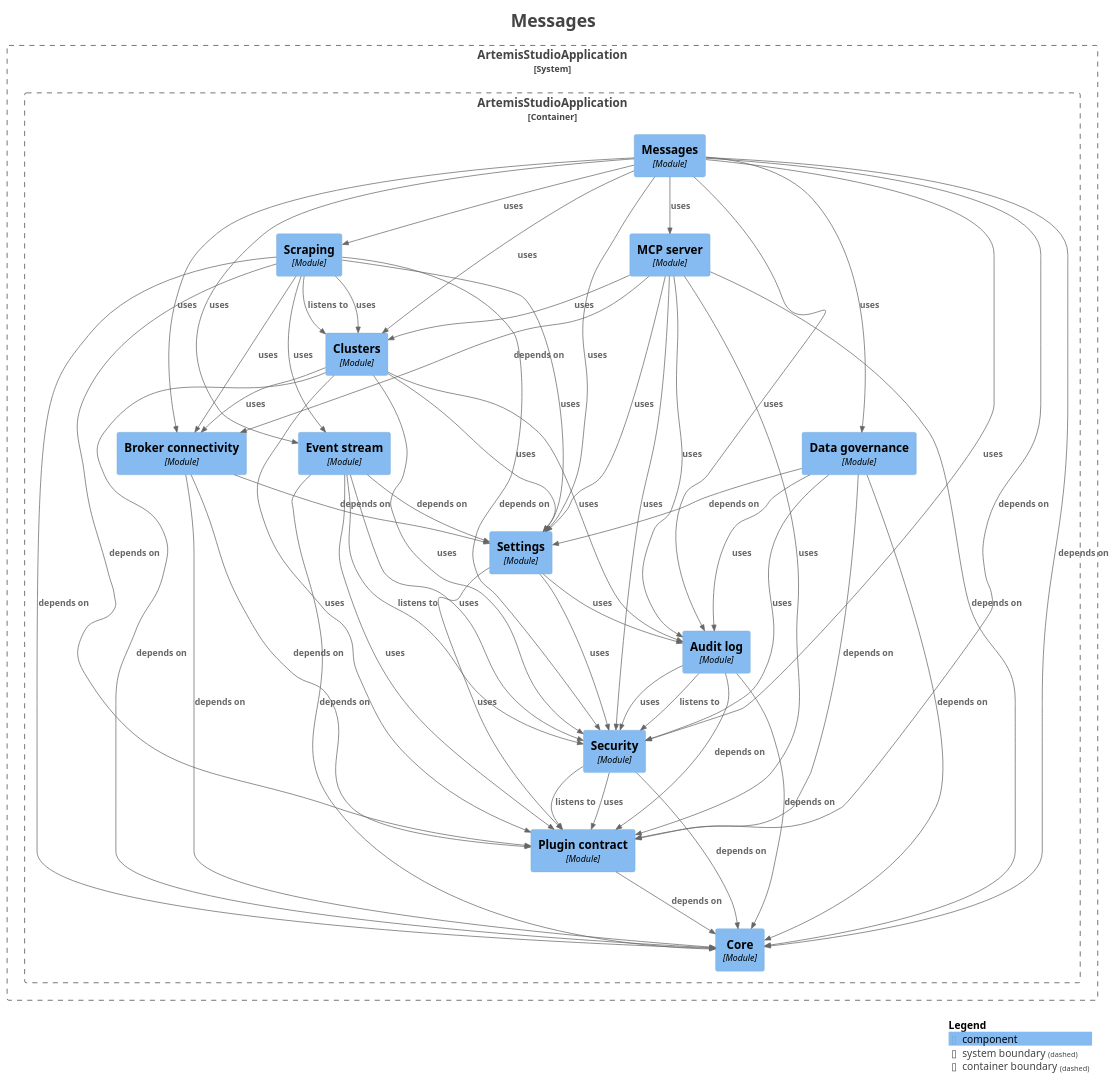
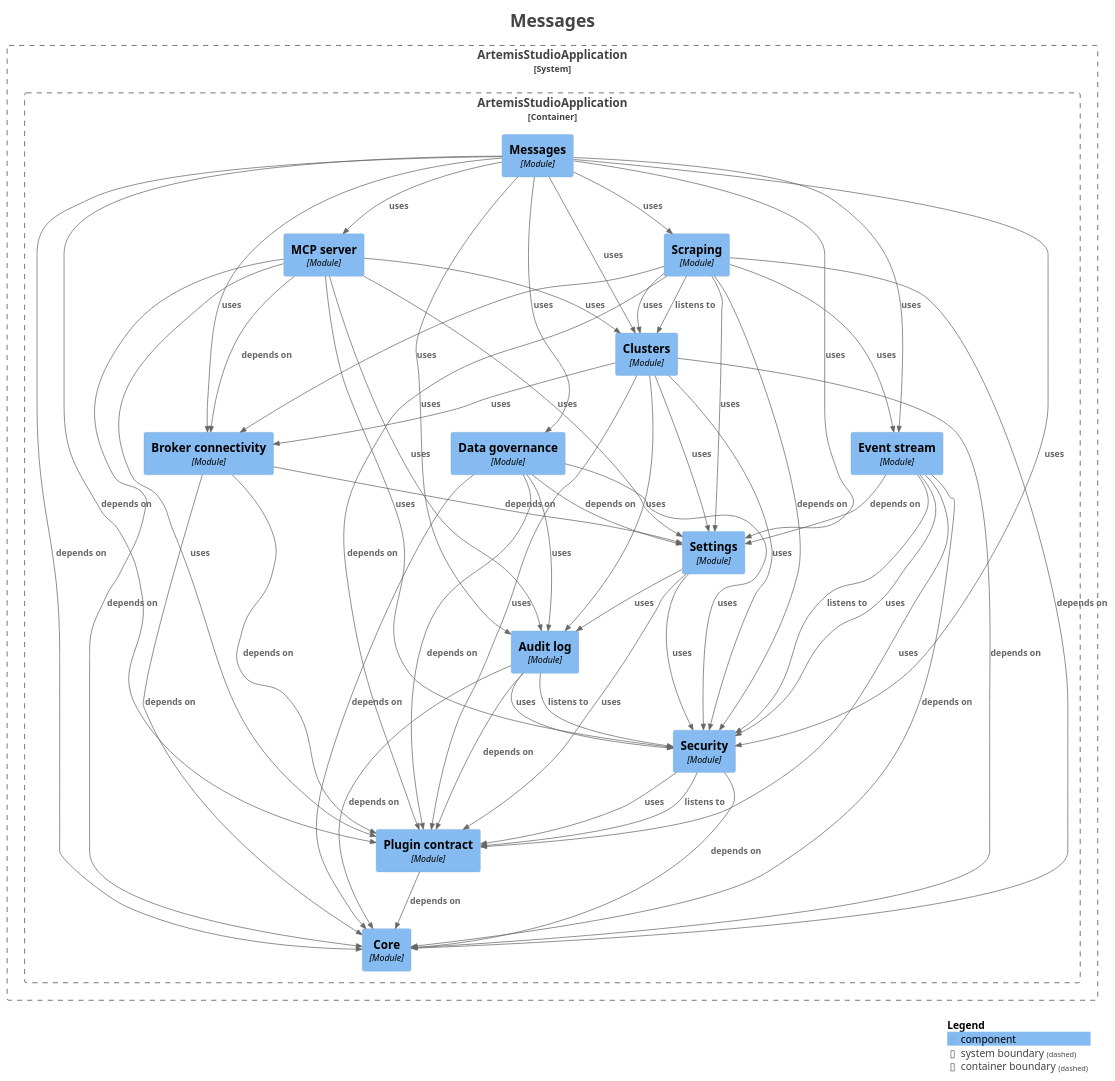
Before and after one commit to sudoitir/artemis-studio: the diagram in docs/modules/module-feature.messages.puml, drawn with PlantUML. The commit also changed other lines of this file and 33 other files, not shown here.

First line of the commit message:
test(architecture): sort module diagram components so diagrams change only with the graph

```diff
--- a/docs/modules/module-feature.messages.puml
+++ b/docs/modules/module-feature.messages.puml
@@ -1,95 +1,95 @@
 @startuml
 title <size:24>Messages</size>
 
 set separator none
 top to bottom direction
 
 <style>
   root {
     BackgroundColor: #ffffff
     FontColor: #444444
   }
 </style>
 
 !include <C4/C4>
 !include <C4/C4_Context>
 !include <C4/C4_Component>
 
 System_Boundary("ArtemisStudioApplication_boundary", "ArtemisStudioApplication", $tags="") {
   Container_Boundary("ArtemisStudioApplication.ArtemisStudioApplication_boundary", "ArtemisStudioApplication", $tags="") {
-    Component(ArtemisStudioApplication.ArtemisStudioApplication.Settings, "Settings", $techn="Module", $descr="", $tags="", $link="")
-    Component(ArtemisStudioApplication.ArtemisStudioApplication.Eventstream, "Event stream", $techn="Module", $descr="", $tags="", $link="")
+    Component(ArtemisStudioApplication.ArtemisStudioApplication.Auditlog, "Audit log", $techn="Module", $descr="", $tags="", $link="")
     Component(ArtemisStudioApplication.ArtemisStudioApplication.Brokerconnectivity, "Broker connectivity", $techn="Module", $descr="", $tags="", $link="")
     Component(ArtemisStudioApplication.ArtemisStudioApplication.Clusters, "Clusters", $techn="Module", $descr="", $tags="", $link="")
+    Component(ArtemisStudioApplication.ArtemisStudioApplication.Core, "Core", $techn="Module", $descr="", $tags="", $link="")
     Component(ArtemisStudioApplication.ArtemisStudioApplication.Datagovernance, "Data governance", $techn="Module", $descr="", $tags="", $link="")
+    Component(ArtemisStudioApplication.ArtemisStudioApplication.Eventstream, "Event stream", $techn="Module", $descr="", $tags="", $link="")
     Component(ArtemisStudioApplication.ArtemisStudioApplication.MCPserver, "MCP server", $techn="Module", $descr="", $tags="", $link="")
+    Component(ArtemisStudioApplication.ArtemisStudioApplication.Messages, "Messages", $techn="Module", $descr="", $tags="", $link="")
+    Component(ArtemisStudioApplication.ArtemisStudioApplication.Plugincontract, "Plugin contract", $techn="Module", $descr="", $tags="", $link="")
     Component(ArtemisStudioApplication.ArtemisStudioApplication.Scraping, "Scraping", $techn="Module", $descr="", $tags="", $link="")
-    Component(ArtemisStudioApplication.ArtemisStudioApplication.Messages, "Messages", $techn="Module", $descr="", $tags="", $link="")
-    Component(ArtemisStudioApplication.ArtemisStudioApplication.Core, "Core", $techn="Module", $descr="", $tags="", $link="")
-    Component(ArtemisStudioApplication.ArtemisStudioApplication.Plugincontract, "Plugin contract", $techn="Module", $descr="", $tags="", $link="")
     Component(ArtemisStudioApplication.ArtemisStudioApplication.Security, "Security", $techn="Module", $descr="", $tags="", $link="")
-    Component(ArtemisStudioApplication.ArtemisStudioApplication.Auditlog, "Audit log", $techn="Module", $descr="", $tags="", $link="")
+    Component(ArtemisStudioApplication.ArtemisStudioApplication.Settings, "Settings", $techn="Module", $descr="", $tags="", $link="")
   }
 
 }
 
 Rel(ArtemisStudioApplication.ArtemisStudioApplication.Auditlog, ArtemisStudioApplication.ArtemisStudioApplication.Core, "depends on", $techn="", $tags="", $link="")
 Rel(ArtemisStudioApplication.ArtemisStudioApplication.Auditlog, ArtemisStudioApplication.ArtemisStudioApplication.Plugincontract, "depends on", $techn="", $tags="", $link="")
 Rel(ArtemisStudioApplication.ArtemisStudioApplication.Auditlog, ArtemisStudioApplication.ArtemisStudioApplication.Security, "listens to", $techn="", $tags="", $link="")
 Rel(ArtemisStudioApplication.ArtemisStudioApplication.Auditlog, ArtemisStudioApplication.ArtemisStudioApplication.Security, "uses", $techn="", $tags="", $link="")
 Rel(ArtemisStudioApplication.ArtemisStudioApplication.Brokerconnectivity, ArtemisStudioApplication.ArtemisStudioApplication.Core, "depends on", $techn="", $tags="", $link="")
 Rel(ArtemisStudioApplication.ArtemisStudioApplication.Brokerconnectivity, ArtemisStudioApplication.ArtemisStudioApplication.Plugincontract, "depends on", $techn="", $tags="", $link="")
 Rel(ArtemisStudioApplication.ArtemisStudioApplication.Brokerconnectivity, ArtemisStudioApplication.ArtemisStudioApplication.Settings, "depends on", $techn="", $tags="", $link="")
 Rel(ArtemisStudioApplication.ArtemisStudioApplication.Clusters, ArtemisStudioApplication.ArtemisStudioApplication.Auditlog, "uses", $techn="", $tags="", $link="")
 Rel(ArtemisStudioApplication.ArtemisStudioApplication.Clusters, ArtemisStudioApplication.ArtemisStudioApplication.Brokerconnectivity, "uses", $techn="", $tags="", $link="")
 Rel(ArtemisStudioApplication.ArtemisStudioApplication.Clusters, ArtemisStudioApplication.ArtemisStudioApplication.Core, "depends on", $techn="", $tags="", $link="")
 Rel(ArtemisStudioApplication.ArtemisStudioApplication.Clusters, ArtemisStudioApplication.ArtemisStudioApplication.Plugincontract, "uses", $techn="", $tags="", $link="")
 Rel(ArtemisStudioApplication.ArtemisStudioApplication.Clusters, ArtemisStudioApplication.ArtemisStudioApplication.Security, "uses", $techn="", $tags="", $link="")
 Rel(ArtemisStudioApplication.ArtemisStudioApplication.Clusters, ArtemisStudioApplication.ArtemisStudioApplication.Settings, "uses", $techn="", $tags="", $link="")
 Rel(ArtemisStudioApplication.ArtemisStudioApplication.Datagovernance, ArtemisStudioApplication.ArtemisStudioApplication.Auditlog, "uses", $techn="", $tags="", $link="")
 Rel(ArtemisStudioApplication.ArtemisStudioApplication.Datagovernance, ArtemisStudioApplication.ArtemisStudioApplication.Core, "depends on", $techn="", $tags="", $link="")
 Rel(ArtemisStudioApplication.ArtemisStudioApplication.Datagovernance, ArtemisStudioApplication.ArtemisStudioApplication.Plugincontract, "depends on", $techn="", $tags="", $link="")
 Rel(ArtemisStudioApplication.ArtemisStudioApplication.Datagovernance, ArtemisStudioApplication.ArtemisStudioApplication.Security, "uses", $techn="", $tags="", $link="")
 Rel(ArtemisStudioApplication.ArtemisStudioApplication.Datagovernance, ArtemisStudioApplication.ArtemisStudioApplication.Settings, "depends on", $techn="", $tags="", $link="")
 Rel(ArtemisStudioApplication.ArtemisStudioApplication.Eventstream, ArtemisStudioApplication.ArtemisStudioApplication.Core, "depends on", $techn="", $tags="", $link="")
 Rel(ArtemisStudioApplication.ArtemisStudioApplication.Eventstream, ArtemisStudioApplication.ArtemisStudioApplication.Plugincontract, "uses", $techn="", $tags="", $link="")
 Rel(ArtemisStudioApplication.ArtemisStudioApplication.Eventstream, ArtemisStudioApplication.ArtemisStudioApplication.Security, "listens to", $techn="", $tags="", $link="")
 Rel(ArtemisStudioApplication.ArtemisStudioApplication.Eventstream, ArtemisStudioApplication.ArtemisStudioApplication.Security, "uses", $techn="", $tags="", $link="")
 Rel(ArtemisStudioApplication.ArtemisStudioApplication.Eventstream, ArtemisStudioApplication.ArtemisStudioApplication.Settings, "depends on", $techn="", $tags="", $link="")
 Rel(ArtemisStudioApplication.ArtemisStudioApplication.MCPserver, ArtemisStudioApplication.ArtemisStudioApplication.Auditlog, "uses", $techn="", $tags="", $link="")
 Rel(ArtemisStudioApplication.ArtemisStudioApplication.MCPserver, ArtemisStudioApplication.ArtemisStudioApplication.Brokerconnectivity, "depends on", $techn="", $tags="", $link="")
 Rel(ArtemisStudioApplication.ArtemisStudioApplication.MCPserver, ArtemisStudioApplication.ArtemisStudioApplication.Clusters, "uses", $techn="", $tags="", $link="")
 Rel(ArtemisStudioApplication.ArtemisStudioApplication.MCPserver, ArtemisStudioApplication.ArtemisStudioApplication.Core, "depends on", $techn="", $tags="", $link="")
 Rel(ArtemisStudioApplication.ArtemisStudioApplication.MCPserver, ArtemisStudioApplication.ArtemisStudioApplication.Plugincontract, "uses", $techn="", $tags="", $link="")
 Rel(ArtemisStudioApplication.ArtemisStudioApplication.MCPserver, ArtemisStudioApplication.ArtemisStudioApplication.Security, "uses", $techn="", $tags="", $link="")
 Rel(ArtemisStudioApplication.ArtemisStudioApplication.MCPserver, ArtemisStudioApplication.ArtemisStudioApplication.Settings, "uses", $techn="", $tags="", $link="")
 Rel(ArtemisStudioApplication.ArtemisStudioApplication.Messages, ArtemisStudioApplication.ArtemisStudioApplication.Auditlog, "uses", $techn="", $tags="", $link="")
 Rel(ArtemisStudioApplication.ArtemisStudioApplication.Messages, ArtemisStudioApplication.ArtemisStudioApplication.Brokerconnectivity, "uses", $techn="", $tags="", $link="")
 Rel(ArtemisStudioApplication.ArtemisStudioApplication.Messages, ArtemisStudioApplication.ArtemisStudioApplication.Clusters, "uses", $techn="", $tags="", $link="")
 Rel(ArtemisStudioApplication.ArtemisStudioApplication.Messages, ArtemisStudioApplication.ArtemisStudioApplication.Core, "depends on", $techn="", $tags="", $link="")
 Rel(ArtemisStudioApplication.ArtemisStudioApplication.Messages, ArtemisStudioApplication.ArtemisStudioApplication.Datagovernance, "uses", $techn="", $tags="", $link="")
 Rel(ArtemisStudioApplication.ArtemisStudioApplication.Messages, ArtemisStudioApplication.ArtemisStudioApplication.Eventstream, "uses", $techn="", $tags="", $link="")
 Rel(ArtemisStudioApplication.ArtemisStudioApplication.Messages, ArtemisStudioApplication.ArtemisStudioApplication.MCPserver, "uses", $techn="", $tags="", $link="")
 Rel(ArtemisStudioApplication.ArtemisStudioApplication.Messages, ArtemisStudioApplication.ArtemisStudioApplication.Plugincontract, "depends on", $techn="", $tags="", $link="")
 Rel(ArtemisStudioApplication.ArtemisStudioApplication.Messages, ArtemisStudioApplication.ArtemisStudioApplication.Scraping, "uses", $techn="", $tags="", $link="")
 Rel(ArtemisStudioApplication.ArtemisStudioApplication.Messages, ArtemisStudioApplication.ArtemisStudioApplication.Security, "uses", $techn="", $tags="", $link="")
 Rel(ArtemisStudioApplication.ArtemisStudioApplication.Messages, ArtemisStudioApplication.ArtemisStudioApplication.Settings, "uses", $techn="", $tags="", $link="")
 Rel(ArtemisStudioApplication.ArtemisStudioApplication.Plugincontract, ArtemisStudioApplication.ArtemisStudioApplication.Core, "depends on", $techn="", $tags="", $link="")
 Rel(ArtemisStudioApplication.ArtemisStudioApplication.Scraping, ArtemisStudioApplication.ArtemisStudioApplication.Brokerconnectivity, "uses", $techn="", $tags="", $link="")
 Rel(ArtemisStudioApplication.ArtemisStudioApplication.Scraping, ArtemisStudioApplication.ArtemisStudioApplication.Clusters, "listens to", $techn="", $tags="", $link="")
 Rel(ArtemisStudioApplication.ArtemisStudioApplication.Scraping, ArtemisStudioApplication.ArtemisStudioApplication.Clusters, "uses", $techn="", $tags="", $link="")
 Rel(ArtemisStudioApplication.ArtemisStudioApplication.Scraping, ArtemisStudioApplication.ArtemisStudioApplication.Core, "depends on", $techn="", $tags="", $link="")
 Rel(ArtemisStudioApplication.ArtemisStudioApplication.Scraping, ArtemisStudioApplication.ArtemisStudioApplication.Eventstream, "uses", $techn="", $tags="", $link="")
 Rel(ArtemisStudioApplication.ArtemisStudioApplication.Scraping, ArtemisStudioApplication.ArtemisStudioApplication.Plugincontract, "depends on", $techn="", $tags="", $link="")
 Rel(ArtemisStudioApplication.ArtemisStudioApplication.Scraping, ArtemisStudioApplication.ArtemisStudioApplication.Security, "depends on", $techn="", $tags="", $link="")
 Rel(ArtemisStudioApplication.ArtemisStudioApplication.Scraping, ArtemisStudioApplication.ArtemisStudioApplication.Settings, "uses", $techn="", $tags="", $link="")
 Rel(ArtemisStudioApplication.ArtemisStudioApplication.Security, ArtemisStudioApplication.ArtemisStudioApplication.Core, "depends on", $techn="", $tags="", $link="")
 Rel(ArtemisStudioApplication.ArtemisStudioApplication.Security, ArtemisStudioApplication.ArtemisStudioApplication.Plugincontract, "listens to", $techn="", $tags="", $link="")
 Rel(ArtemisStudioApplication.ArtemisStudioApplication.Security, ArtemisStudioApplication.ArtemisStudioApplication.Plugincontract, "uses", $techn="", $tags="", $link="")
 Rel(ArtemisStudioApplication.ArtemisStudioApplication.Settings, ArtemisStudioApplication.ArtemisStudioApplication.Auditlog, "uses", $techn="", $tags="", $link="")
 Rel(ArtemisStudioApplication.ArtemisStudioApplication.Settings, ArtemisStudioApplication.ArtemisStudioApplication.Plugincontract, "uses", $techn="", $tags="", $link="")
 Rel(ArtemisStudioApplication.ArtemisStudioApplication.Settings, ArtemisStudioApplication.ArtemisStudioApplication.Security, "uses", $techn="", $tags="", $link="")
 
 SHOW_LEGEND(true)
 hide stereotypes
 @enduml
```
